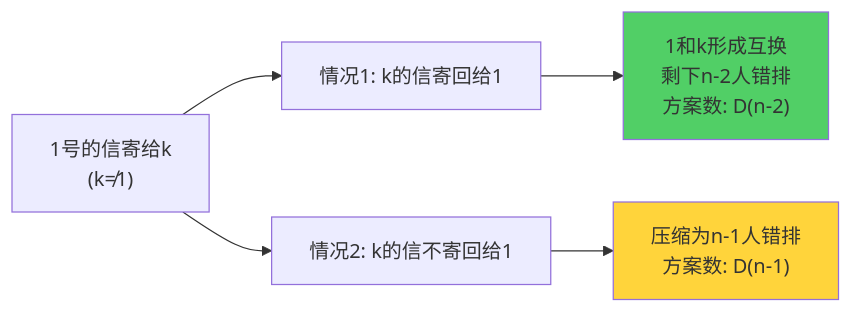
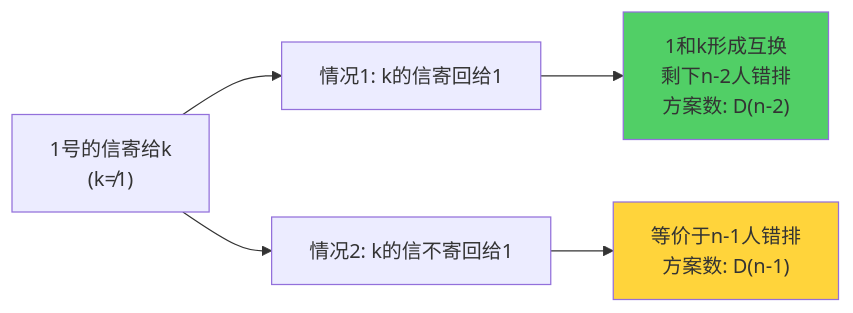
One commit to freeedoooooo/algs changed the second of 3 diagrams in my-notes/01-基础巩固/12-暴力递归到动态规划1-递归尝试/23-课后小练3-村民寄信问题.md. Above: the diagram before and after it, drawn with Mermaid. The commit also changed other lines of this file, not shown here.

Commit message:
update mermaid demo

````diff
--- a/my-notes/01-基础巩固/12-暴力递归到动态规划1-递归尝试/23-课后小练3-村民寄信问题.md
+++ b/my-notes/01-基础巩固/12-暴力递归到动态规划1-递归尝试/23-课后小练3-村民寄信问题.md
@@ -76,9 +76,9 @@
 ```mermaid
 graph LR
     A["1号的信寄给k<br/>(k≠1)"] --> B["情况1: k的信寄回给1"]
     A --> C["情况2: k的信不寄回给1"]
     B --> D["1和k形成互换<br/>剩下n-2人错排<br/>方案数: D(n-2)"]
-    C --> E["压缩为n-1人错排<br/>方案数: D(n-1)"]
+    C --> E["等价于n-1人错排<br/>方案数: D(n-1)"]
     style D fill:#51cf66
     style E fill:#ffd43b
 ```
````
